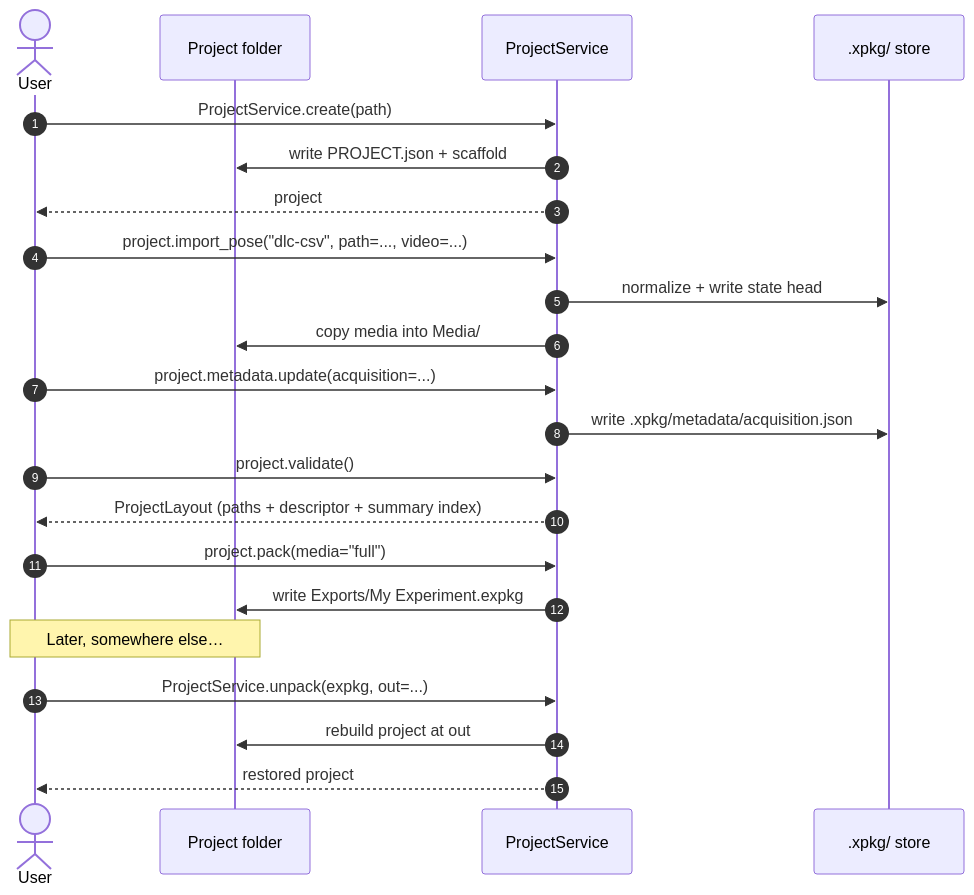
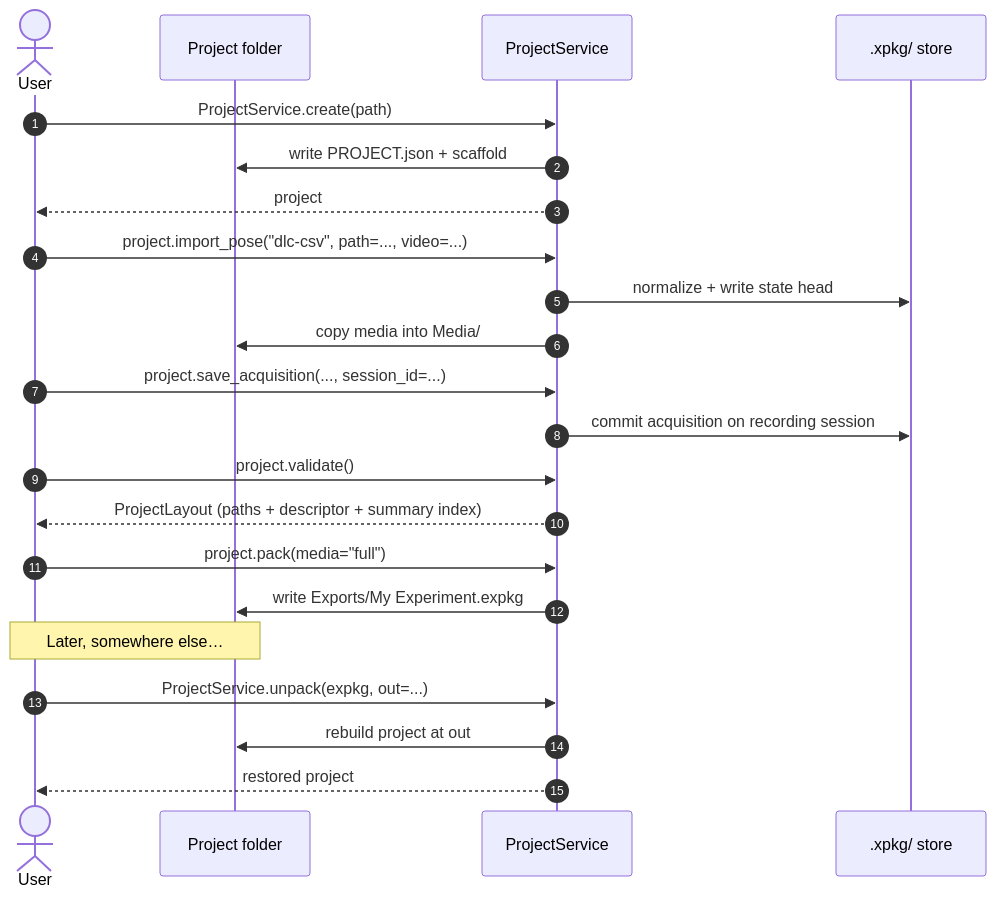
One commit to Alfredo-Sandoval/exp-pkg changed the second of 2 diagrams in docs/index.md. Above: the diagram before and after it, drawn with Mermaid. The commit also changed other lines of this file and 81 other files, not shown here.

````diff
--- a/docs/index.md
+++ b/docs/index.md
@@ -146,30 +147,30 @@
 ```mermaid
 sequenceDiagram
     autonumber
     actor User
     participant FS as Project folder
     participant Svc as ProjectService
     participant Store as .xpkg/ store
 
     User->>Svc: ProjectService.create(path)
     Svc->>FS: write PROJECT.json + scaffold
     Svc-->>User: project
 
     User->>Svc: project.import_pose("dlc-csv", path=..., video=...)
     Svc->>Store: normalize + write state head
     Svc->>FS: copy media into Media/
 
-    User->>Svc: project.metadata.update(acquisition=...)
-    Svc->>Store: write .xpkg/metadata/acquisition.json
+    User->>Svc: project.save_acquisition(..., session_id=...)
+    Svc->>Store: commit acquisition on recording session
 
     User->>Svc: project.validate()
     Svc-->>User: ProjectLayout (paths + descriptor + summary index)
 
     User->>Svc: project.pack(media="full")
     Svc->>FS: write Exports/My Experiment.expkg
 
     Note over User,FS: Later, somewhere else…
     User->>Svc: ProjectService.unpack(expkg, out=...)
     Svc->>FS: rebuild project at out
     Svc-->>User: restored project
 ```
````
